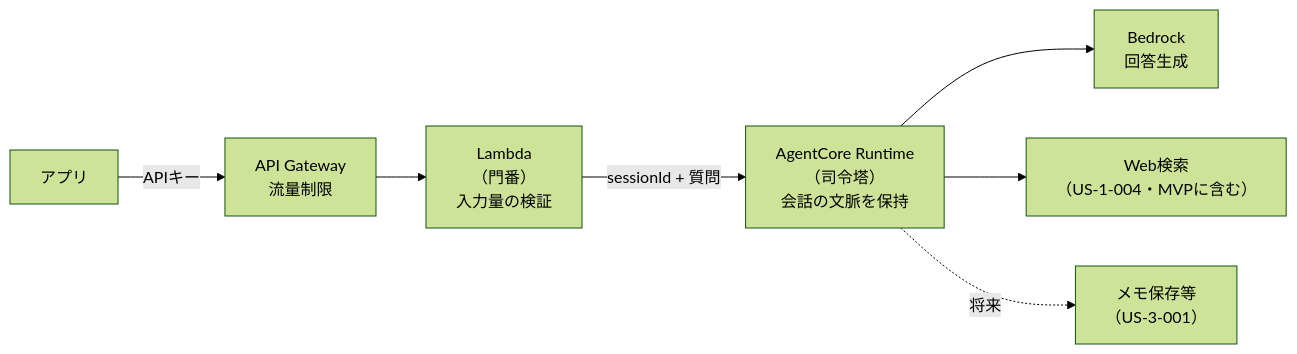
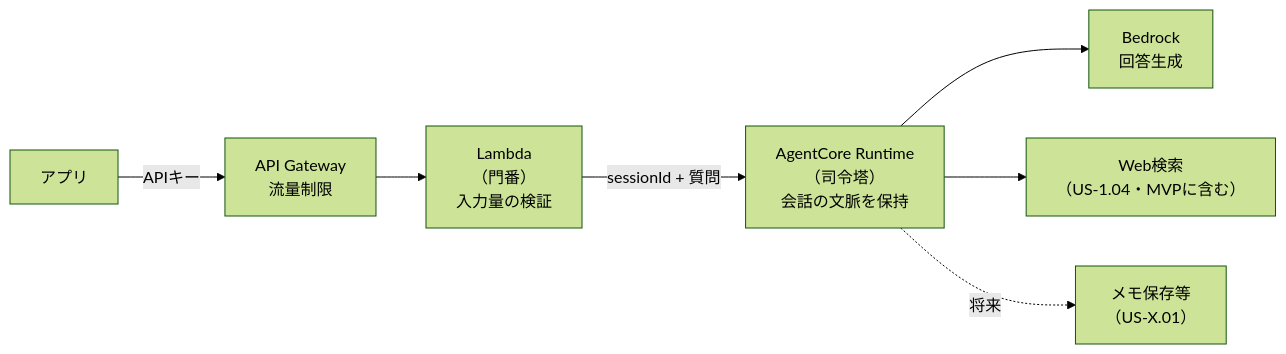
One commit to h-akira/TouringProject changed the third of 6 diagrams in docs/01_architecture.md. Above: the diagram before and after it, drawn with Mermaid (forest theme). The commit also changed other lines of this file and 3 other files, not shown here.

````diff
--- a/docs/01_architecture.md
+++ b/docs/01_architecture.md
@@ -129,9 +129,9 @@
 ```mermaid
 flowchart LR
     App["アプリ"] -->|"APIキー"| GW["API Gateway<br/>流量制限"]
     GW --> L["Lambda<br/>（門番）<br/>入力量の検証"]
     L -->|"sessionId + 質問"| AC["AgentCore Runtime<br/>（司令塔）<br/>会話の文脈を保持"]
     AC --> B["Bedrock<br/>回答生成"]
-    AC --> W["Web検索<br/>（US-1-004・MVPに含む）"]
-    AC -.->|"将来"| T["メモ保存等<br/>（US-3-001）"]
+    AC --> W["Web検索<br/>（US-1.04・MVPに含む）"]
+    AC -.->|"将来"| T["メモ保存等<br/>（US-X.01）"]
 ```
````
